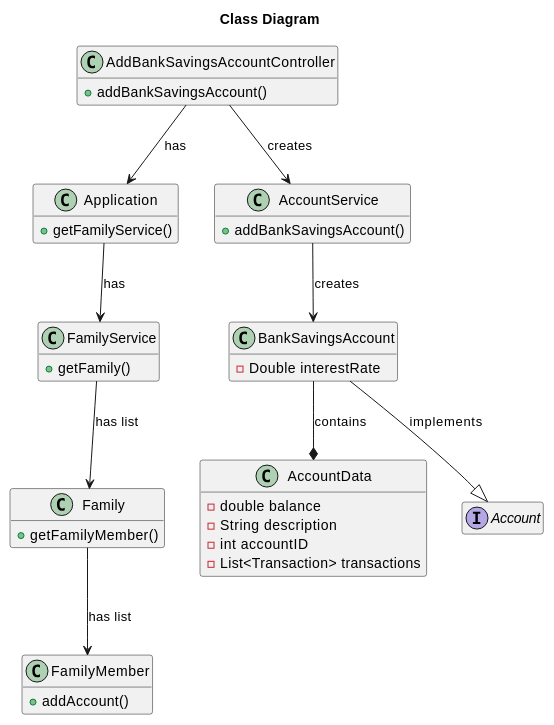
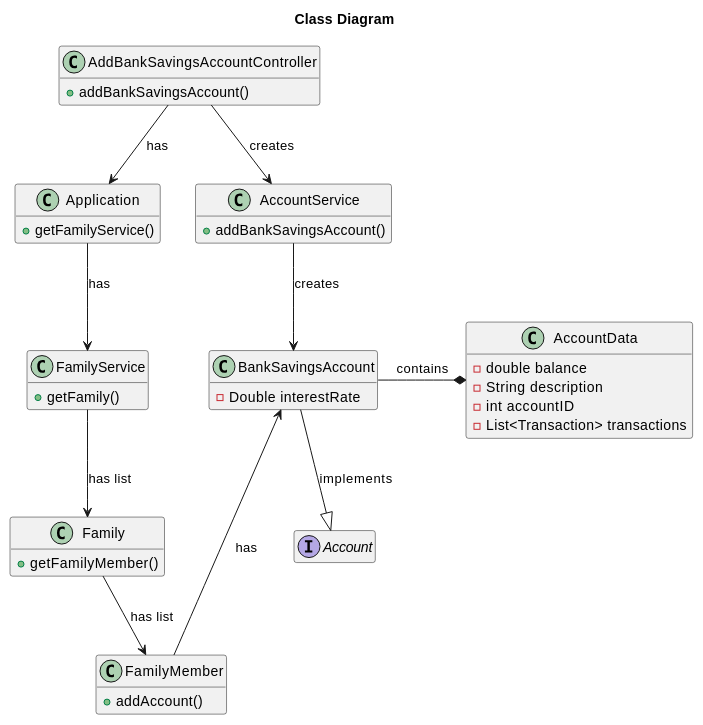
Before and after one commit to tomas-osswald/switch_2020_g3: the third of 3 diagrams in docs/sprint2/user_stories/US172_AddBankSavingsAccount.md, drawn with PlantUML. The commit also changed other lines of this file, not shown here.

Commit message:
Initial US172 Documentation

````diff
--- a/docs/sprint2/user_stories/US172_AddBankSavingsAccount.md
+++ b/docs/sprint2/user_stories/US172_AddBankSavingsAccount.md
@@ -148,63 +152,56 @@
 ```puml
 @startuml
 
 title Class Diagram
 hide empty members
 
 class AddBankSavingsAccountController {
 + addBankSavingsAccount()
 }
 
 class BankSavingsAccount {
 - Double interestRate
 }
 
 class Application {
 + getFamilyService()
 }
 
 class FamilyService {
 + getFamily()
 }
 
 class Family {
 + getFamilyMember()
 }
 
 class FamilyMember {
 + addAccount()
 }
 
 class AccountService {
 + addBankSavingsAccount()
 }
 
 class AccountData {
 - double balance
 - String description
 - int accountID
 - List<Transaction> transactions
 }
 
 
-
-
-
-
-
-
-
-
 interface Account {}
 
 AddBankSavingsAccountController --> Application : has
 Application --> FamilyService : has
 AddBankSavingsAccountController --> AccountService : creates
 FamilyService --> Family : has list
 Family --> FamilyMember : has list
 AccountService --> BankSavingsAccount : creates
 BankSavingsAccount --|> Account : implements
-BankSavingsAccount --* AccountData : contains
+BankSavingsAccount -* AccountData : contains
+BankSavingsAccount <-- FamilyMember : has
 
 @enduml
 ```
````
